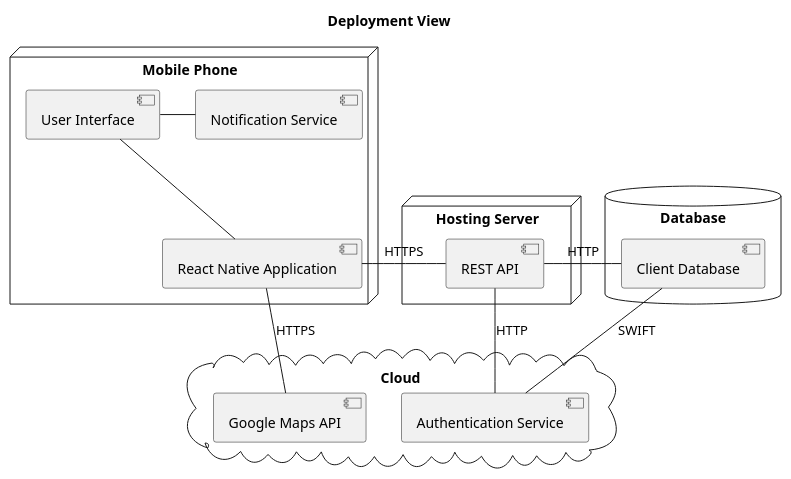
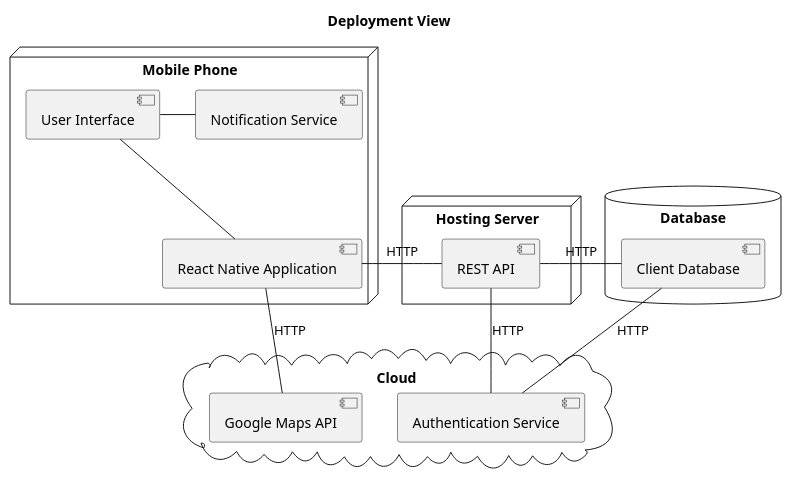
One commit to USI-MSDE-SA-2022/software-architecture-model-OttavioBuonomoUSI changed diagram 26 of 26 in src/sa/model/index.md. Above: the diagram before and after it, drawn with PlantUML.

````diff
--- a/src/sa/model/index.md
+++ b/src/sa/model/index.md
@@ -1649,27 +1649,27 @@
 ```puml
 @startuml
 title Deployment View
 node "Mobile Phone" {
  [User Interface] as UI
  [React Native Application] as RN
  [Notification Service] as NS
 }
 database "Database" {
  [Client Database] as DB
 }
 node "Hosting Server" {
  [REST API] as RAPI
 }
 cloud "Cloud" {
  [Authentication Service] as AS
  [Google Maps API] as GMA
 }
-DB -- AS: SWIFT
+DB -- AS: HTTP
 UI -- RN
 UI - NS
-RN - GMA: HTTPS
+RN - GMA: HTTP
 RAPI - DB: HTTP
 RAPI - AS: HTTP
-RN - RAPI: HTTPS
+RN - RAPI: HTTP
 @enduml
 ```
````
